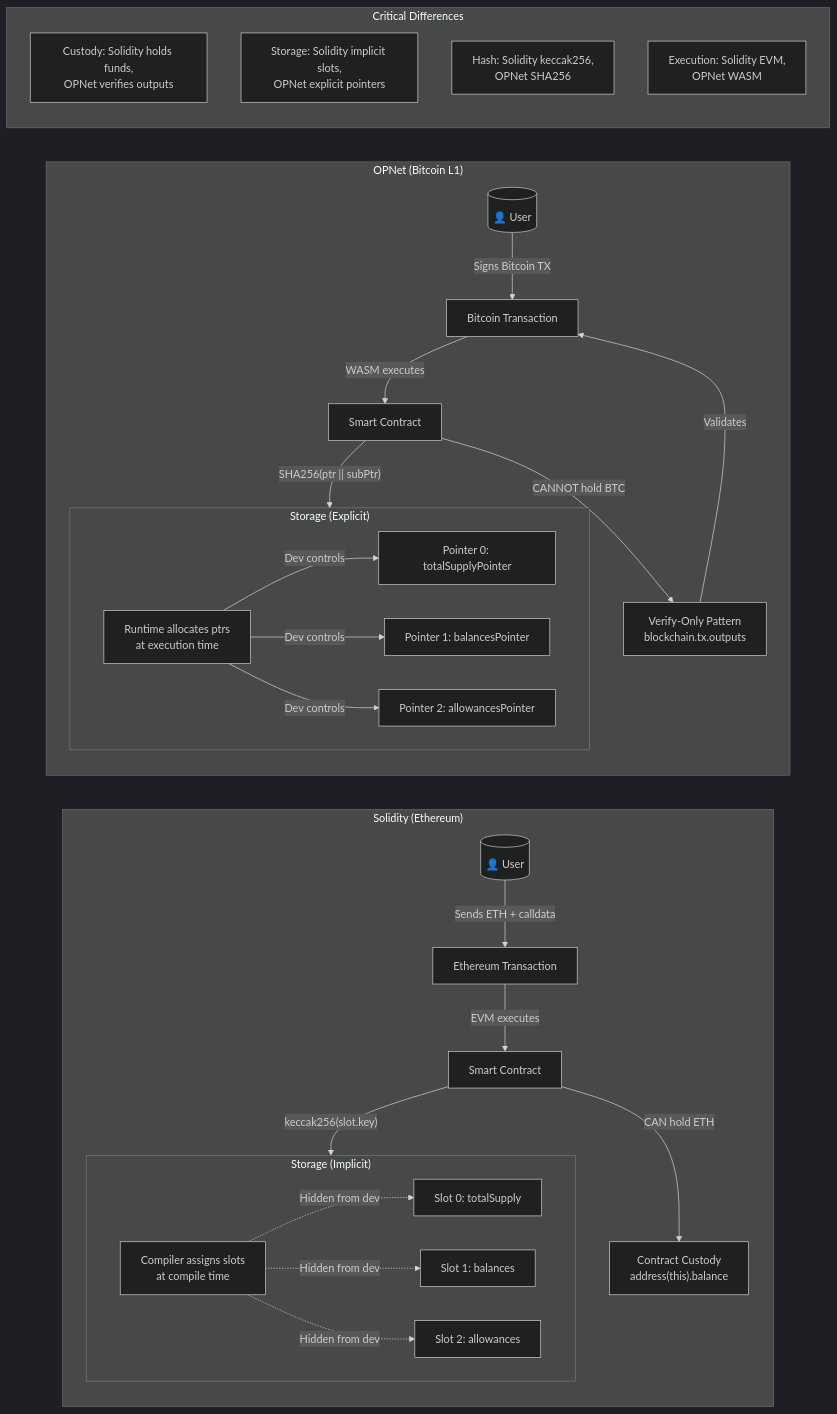
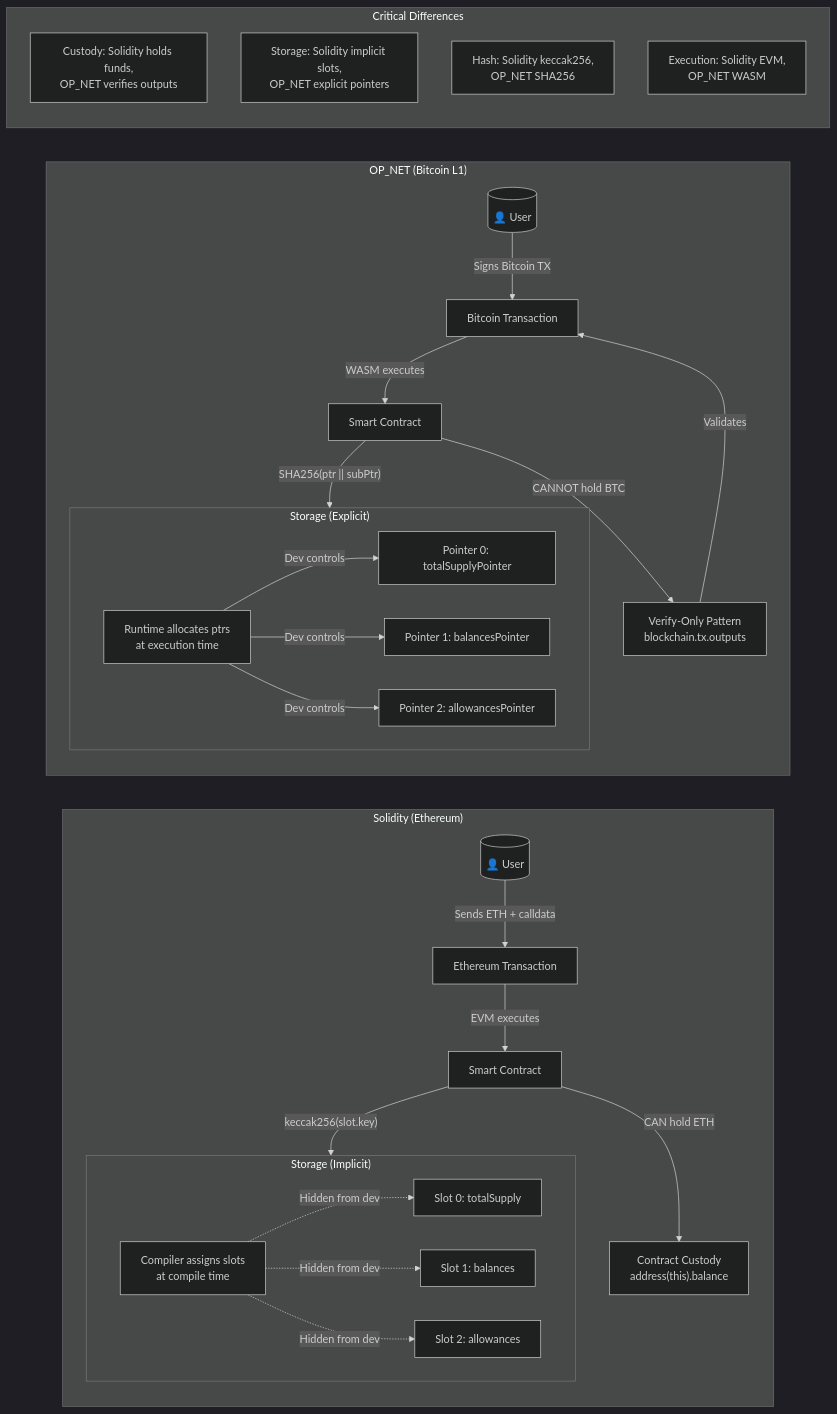
One commit to btc-vision/btc-runtime changed the third of 7 diagrams in docs/core-concepts/storage-system.md. Above: the diagram before and after it, drawn with Mermaid. The commit also changed other lines of this file and 46 other files, not shown here.

Commit message:
Change OPNet to OP_NET

````diff
--- a/docs/core-concepts/storage-system.md
+++ b/docs/core-concepts/storage-system.md
@@ -147,50 +147,50 @@
 ```mermaid
 ---
 config:
   theme: dark
 ---
 flowchart LR
     subgraph SolidityFlow["Solidity (Ethereum)"]
         S_USER[("👤 User")] -->|"Sends ETH + calldata"| S_TX["Ethereum Transaction"]
         S_TX -->|"EVM executes"| S_CONTRACT["Smart Contract"]
 
         subgraph S_Storage["Storage (Implicit)"]
             S_COMPILER["Compiler assigns slots<br/>at compile time"]
             S_SLOT0["Slot 0: totalSupply"]
             S_SLOT1["Slot 1: balances"]
             S_SLOT2["Slot 2: allowances"]
             S_COMPILER -.->|"Hidden from dev"| S_SLOT0
             S_COMPILER -.->|"Hidden from dev"| S_SLOT1
             S_COMPILER -.->|"Hidden from dev"| S_SLOT2
         end
 
         S_CONTRACT -->|"keccak256(slot.key)"| S_Storage
         S_CONTRACT -->|"CAN hold ETH"| S_CUSTODY["Contract Custody<br/>address(this).balance"]
     end
 
-    subgraph OPNetFlow["OPNet (Bitcoin L1)"]
+    subgraph OPNetFlow["OP_NET (Bitcoin L1)"]
         O_USER[("👤 User")] -->|"Signs Bitcoin TX"| O_TX["Bitcoin Transaction"]
         O_TX -->|"WASM executes"| O_CONTRACT["Smart Contract"]
 
         subgraph O_Storage["Storage (Explicit)"]
             O_RUNTIME["Runtime allocates ptrs<br/>at execution time"]
             O_PTR0["Pointer 0: totalSupplyPointer"]
             O_PTR1["Pointer 1: balancesPointer"]
             O_PTR2["Pointer 2: allowancesPointer"]
             O_RUNTIME -->|"Dev controls"| O_PTR0
             O_RUNTIME -->|"Dev controls"| O_PTR1
             O_RUNTIME -->|"Dev controls"| O_PTR2
         end
 
         O_CONTRACT -->|"SHA256(ptr || subPtr)"| O_Storage
         O_CONTRACT -->|"CANNOT hold BTC"| O_VERIFY["Verify-Only Pattern<br/>blockchain.tx.outputs"]
         O_VERIFY -->|"Validates"| O_TX
     end
 
     subgraph KeyDiff["Critical Differences"]
-        DIFF1["Custody: Solidity holds funds,<br/>OPNet verifies outputs"]
-        DIFF2["Storage: Solidity implicit slots,<br/>OPNet explicit pointers"]
-        DIFF3["Hash: Solidity keccak256,<br/>OPNet SHA256"]
-        DIFF4["Execution: Solidity EVM,<br/>OPNet WASM"]
+        DIFF1["Custody: Solidity holds funds,<br/>OP_NET verifies outputs"]
+        DIFF2["Storage: Solidity implicit slots,<br/>OP_NET explicit pointers"]
+        DIFF3["Hash: Solidity keccak256,<br/>OP_NET SHA256"]
+        DIFF4["Execution: Solidity EVM,<br/>OP_NET WASM"]
     end
 ```
````
